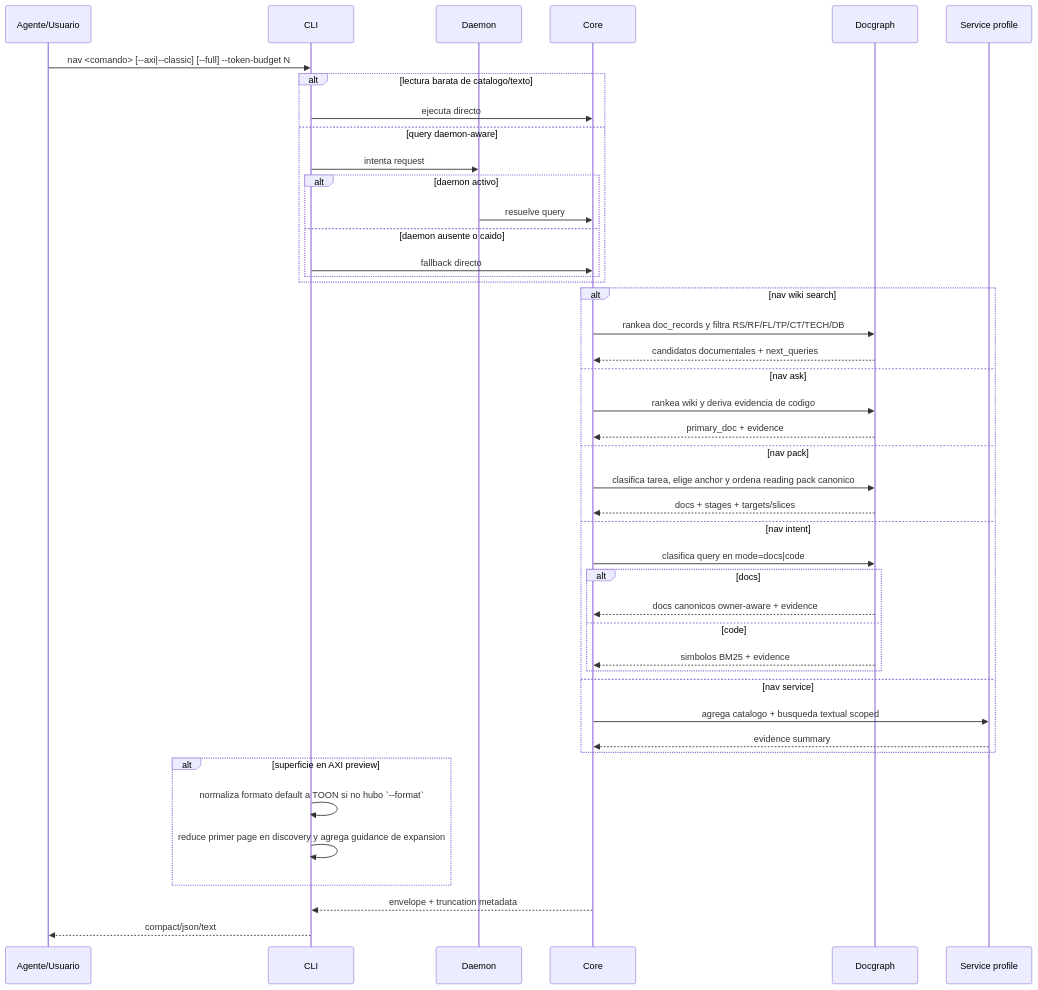
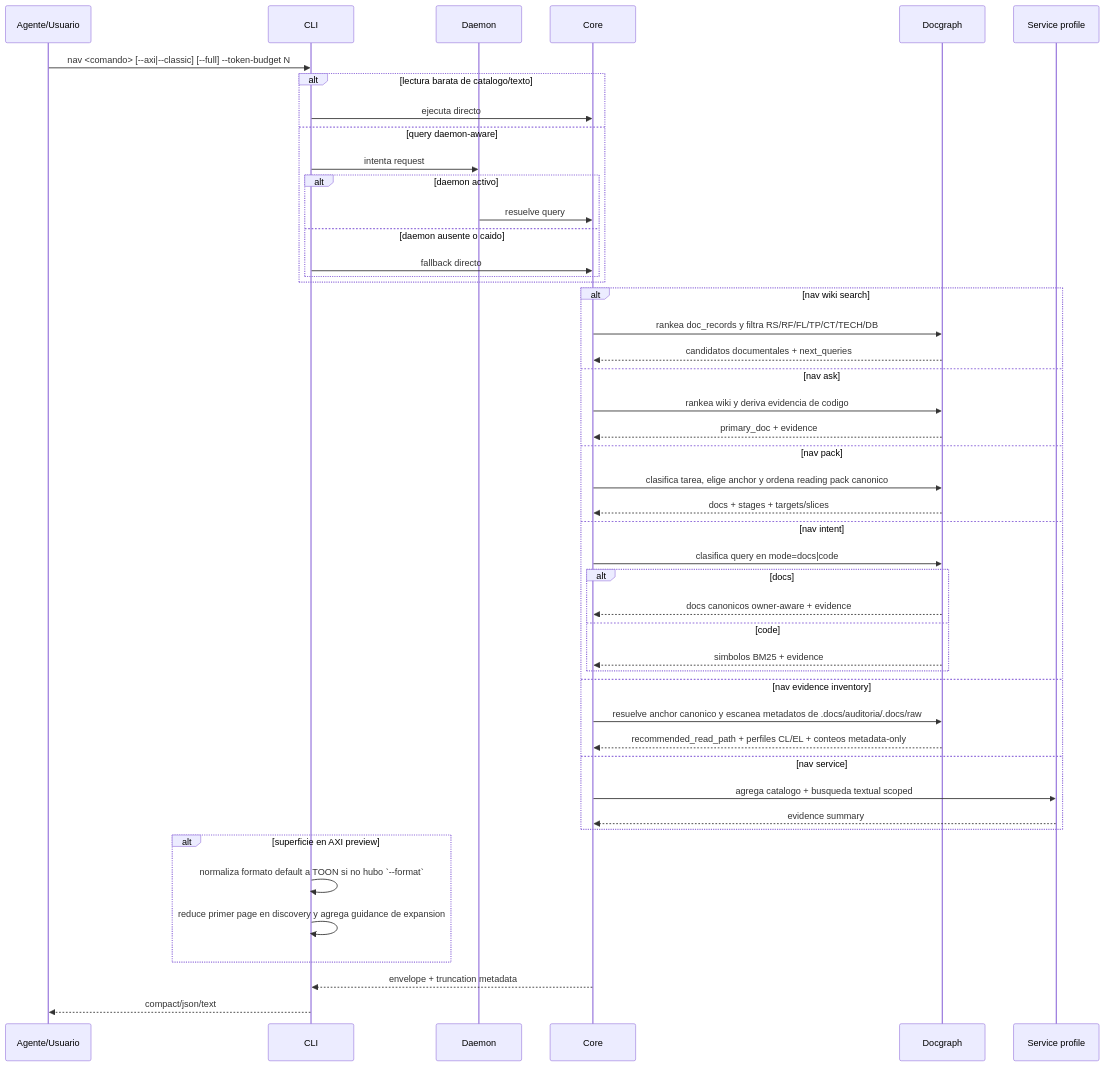
One commit to fgpaz/mi-lsp changed the diagram in .docs/wiki/03_FL/FL-QRY-01.md. Above: the diagram before and after it, drawn with Mermaid. The commit also changed other lines of this file and 24 other files, not shown here.

Commit message:
feat: add evidence inventory release

````diff
--- a/.docs/wiki/03_FL/FL-QRY-01.md
+++ b/.docs/wiki/03_FL/FL-QRY-01.md
@@ -69,47 +70,50 @@
 ```mermaid
 sequenceDiagram
     participant A as Agente/Usuario
     participant CLI as CLI
     participant D as Daemon
     participant C as Core
     participant DG as Docgraph
     participant X as Service profile
 
     A->>CLI: nav <comando> [--axi|--classic] [--full] --token-budget N
     alt lectura barata de catalogo/texto
         CLI->>C: ejecuta directo
     else query daemon-aware
         CLI->>D: intenta request
         alt daemon activo
             D->>C: resuelve query
         else daemon ausente o caido
             CLI->>C: fallback directo
         end
     end
     alt nav wiki search
         C->>DG: rankea doc_records y filtra RS/RF/FL/TP/CT/TECH/DB
         DG-->>C: candidatos documentales + next_queries
     else nav ask
         C->>DG: rankea wiki y deriva evidencia de codigo
         DG-->>C: primary_doc + evidence
     else nav pack
         C->>DG: clasifica tarea, elige anchor y ordena reading pack canonico
         DG-->>C: docs + stages + targets/slices
     else nav intent
         C->>DG: clasifica query en mode=docs|code
         alt docs
             DG-->>C: docs canonicos owner-aware + evidence
         else code
             DG-->>C: simbolos BM25 + evidence
         end
+    else nav evidence inventory
+        C->>DG: resuelve anchor canonico y escanea metadatos de .docs/auditoria/.docs/raw
+        DG-->>C: recommended_read_path + perfiles CL/EL + conteos metadata-only
     else nav service
         C->>X: agrega catalogo + busqueda textual scoped
         X-->>C: evidence summary
     end
     alt superficie en AXI preview
         CLI->>CLI: normaliza formato default a TOON si no hubo `--format`
         CLI->>CLI: reduce primer page en discovery y agrega guidance de expansion
     end
     C-->>CLI: envelope + truncation metadata
     CLI-->>A: compact/json/text
 ```
````
